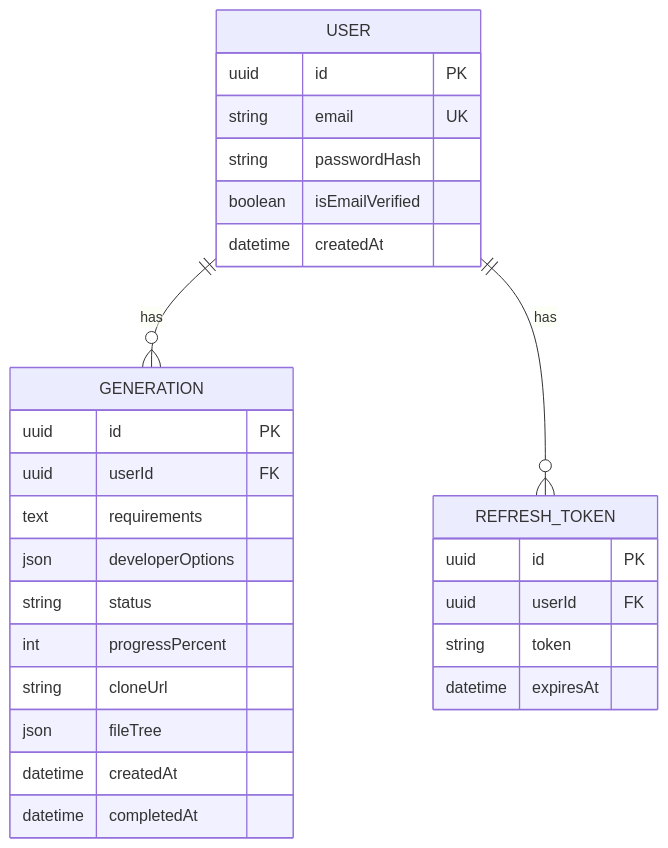
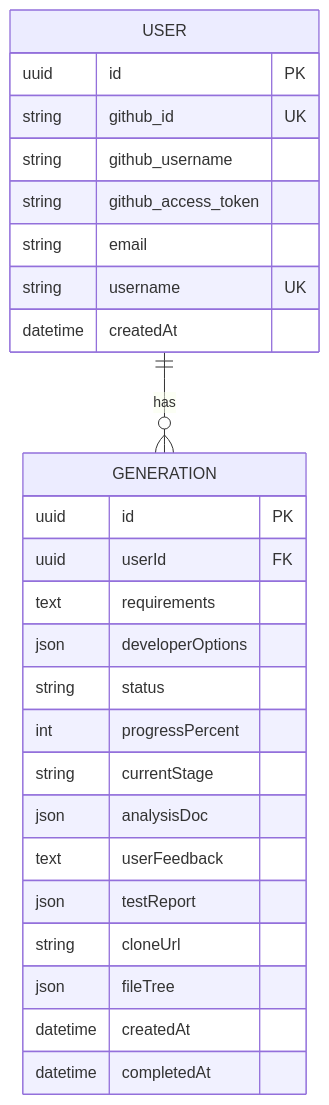
The second of 2 diagrams in docs/PRD.md (Gomdadi/mvp-builder), drawn with Mermaid before and after one commit. The commit also changed other lines of this file and 12 other files, not shown here.

````diff
--- a/docs/PRD.md
+++ b/docs/PRD.md
@@ -187,31 +205,30 @@
 ```mermaid
 erDiagram
     USER {
         uuid id PK
-        string email UK
-        string passwordHash
-        boolean isEmailVerified
+        string github_id UK
+        string github_username
+        string github_access_token
+        string email
+        string username UK
         datetime createdAt
     }
     GENERATION {
         uuid id PK
         uuid userId FK
         text requirements
         json developerOptions
         string status
         int progressPercent
+        string currentStage
+        json analysisDoc
+        text userFeedback
+        json testReport
         string cloneUrl
         json fileTree
         datetime createdAt
         datetime completedAt
     }
-    REFRESH_TOKEN {
-        uuid id PK
-        uuid userId FK
-        string token
-        datetime expiresAt
-    }
 
     USER ||--o{ GENERATION : "has"
-    USER ||--o{ REFRESH_TOKEN : "has"
 ```
````
